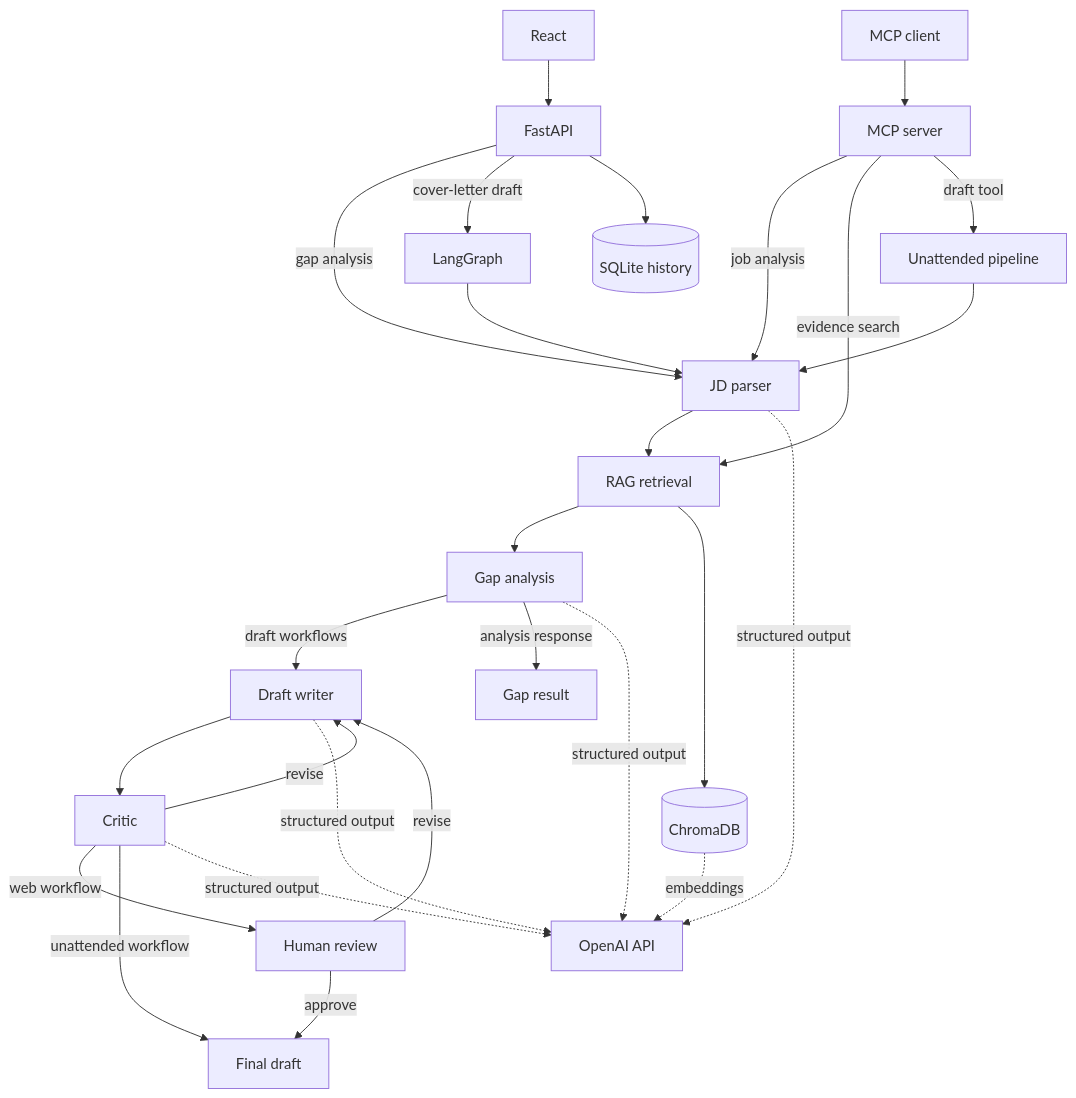
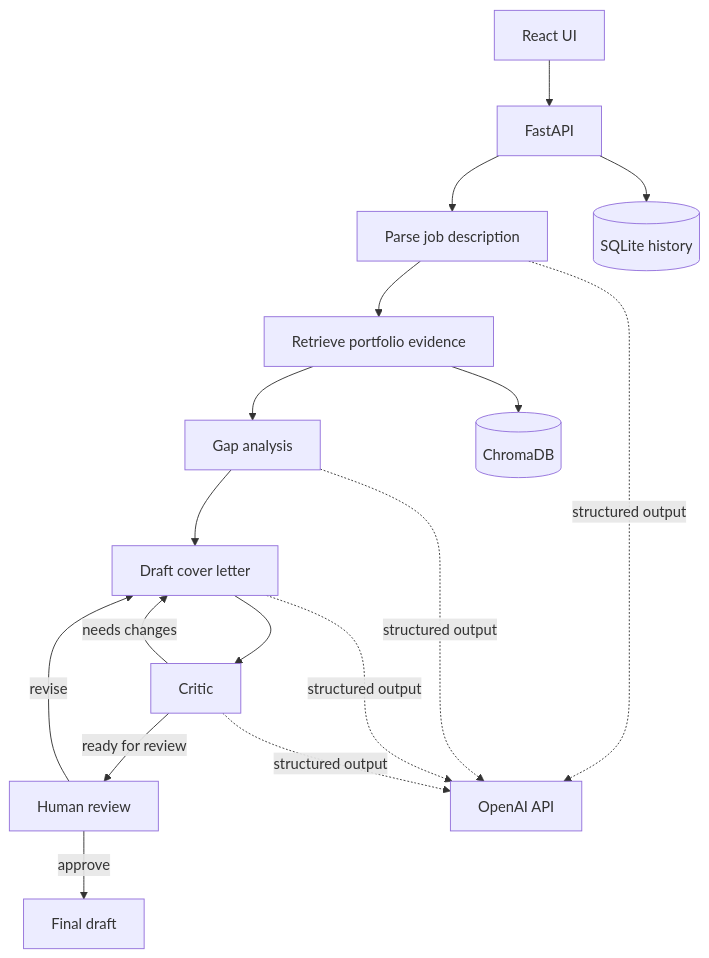
The diagram in README.md (momo840505/career-copilot-agent), drawn with Mermaid before and after one commit. The commit also changed other lines of this file, not shown here.

````diff
--- a/README.md
+++ b/README.md
@@ -24,34 +24,21 @@
 ```mermaid
 flowchart TB
-    UI[React] --> API[FastAPI]
-    MC[MCP client] --> MS[MCP server]
-
-    API -->|gap analysis| P[JD parser]
-    API -->|cover-letter draft| LG[LangGraph]
-    MS -->|job analysis| P
-    MS -->|evidence search| R[RAG retrieval]
-    MS -->|draft tool| UP[Unattended pipeline]
-
-    LG --> P
-    UP --> P
-    P --> R
+    UI[React UI] --> API[FastAPI]
+    API --> P[Parse job description]
+    P --> R[Retrieve portfolio evidence]
     R --> G[Gap analysis]
-    G -->|draft workflows| D[Draft writer]
-    G -->|analysis response| GA[Gap result]
-
+    G --> D[Draft cover letter]
     D --> C[Critic]
-    C -->|revise| D
-    C -->|web workflow| H[Human review]
+    C -->|needs changes| D
+    C -->|ready for review| H[Human review]
     H -->|revise| D
     H -->|approve| F[Final draft]
-    C -->|unattended workflow| F
 
-    R --> CH[(ChromaDB)]
+    R --> V[(ChromaDB)]
     API --> DB[(SQLite history)]
 
     P -. structured output .-> O[OpenAI API]
     G -. structured output .-> O
     D -. structured output .-> O
     C -. structured output .-> O
-    CH -. embeddings .-> O
 ```
````
